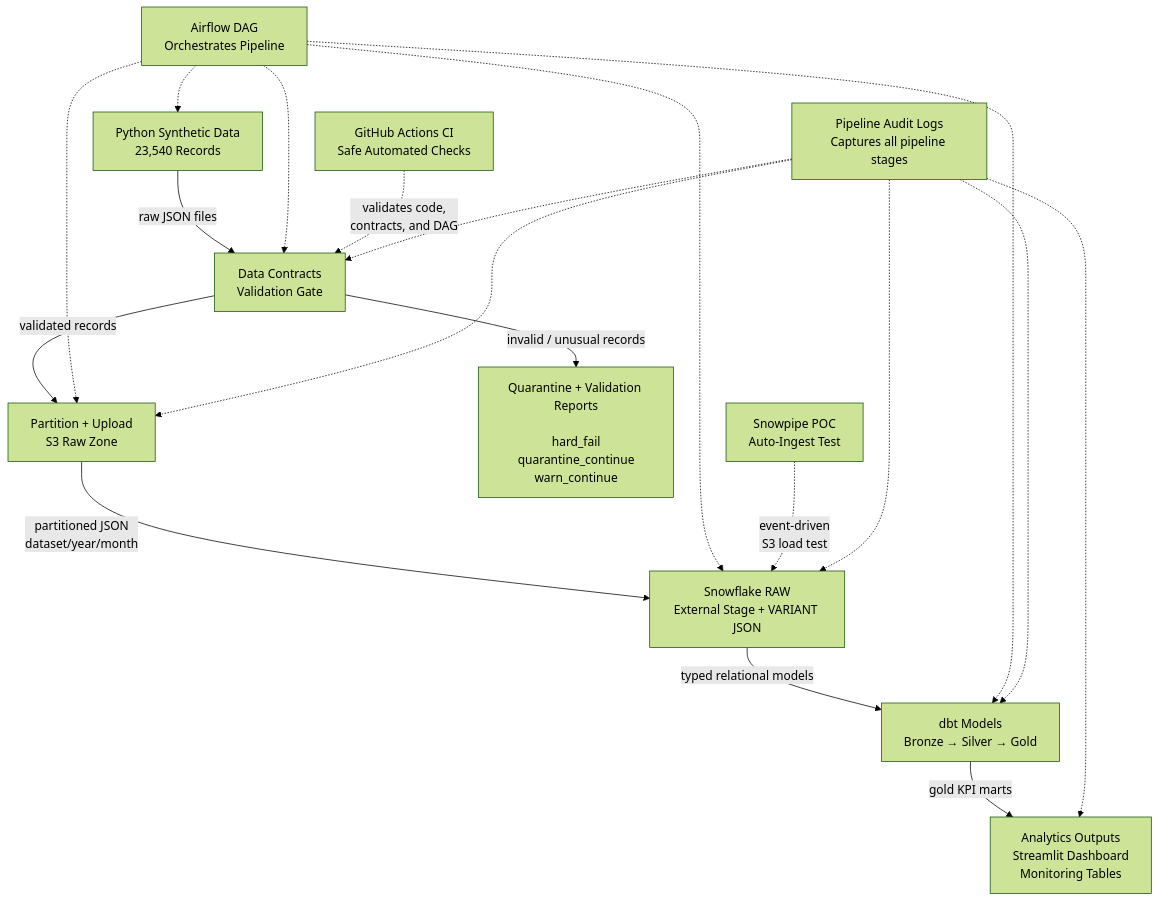
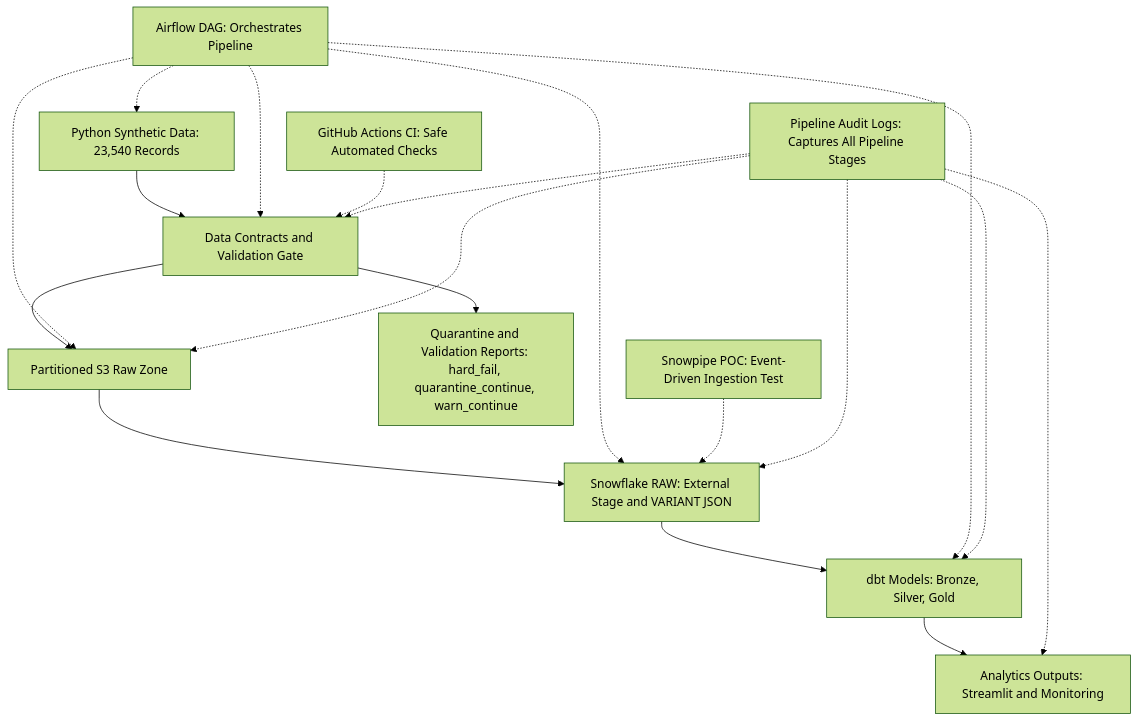
One commit to samahmedQA/fraud-dispute-analytics-pipeline changed the diagram in README.md. Above: the diagram before and after it, drawn with Mermaid (forest theme).

Commit message:
Fix Mermaid architecture diagram rendering

````diff
--- a/README.md
+++ b/README.md
@@ -67,33 +67,38 @@
 ```mermaid
 flowchart TD
-    A["Python Synthetic Data<br/>23,540 Records"]
-    B["Data Contracts<br/>Validation Gate"]
-    C["Partition + Upload<br/>S3 Raw Zone"]
-    D["Snowflake RAW<br/>External Stage + VARIANT JSON"]
-    E["dbt Models<br/>Bronze → Silver → Gold"]
-    F["Analytics Outputs<br/>Streamlit Dashboard<br/>Monitoring Tables"]
+    A["Python Synthetic Data: 23,540 Records"]
+    B["Data Contracts and Validation Gate"]
+    C["Partitioned S3 Raw Zone"]
+    D["Snowflake RAW: External Stage and VARIANT JSON"]
+    E["dbt Models: Bronze, Silver, Gold"]
+    F["Analytics Outputs: Streamlit and Monitoring"]
 
-    A -->|"raw JSON files"| B
-    B -->|"validated records"| C
-    C -->|"partitioned JSON<br/>dataset/year/month"| D
-    D -->|"typed relational models"| E
-    E -->|"gold KPI marts"| F
+    G["Quarantine and Validation Reports: hard_fail, quarantine_continue, warn_continue"]
+    H["Airflow DAG: Orchestrates Pipeline"]
+    I["GitHub Actions CI: Safe Automated Checks"]
+    J["Snowpipe POC: Event-Driven Ingestion Test"]
+    K["Pipeline Audit Logs: Captures All Pipeline Stages"]
 
-    B -->|"invalid / unusual records"| G["Quarantine + Validation Reports<br/><br/>hard_fail<br/>quarantine_continue<br/>warn_continue"]
+    A --> B
+    B --> C
+    C --> D
+    D --> E
+    E --> F
 
-    H["Airflow DAG<br/>Orchestrates Pipeline"] -.-> A
+    B --> G
+
+    H -.-> A
     H -.-> B
     H -.-> C
     H -.-> D
     H -.-> E
 
-    I["GitHub Actions CI<br/>Safe Automated Checks"] -. "validates code,<br/>contracts, and DAG" .-> B
+    I -.-> B
+    J -.-> D
 
-    J["Snowpipe POC<br/>Auto-Ingest Test"] -. "event-driven<br/>S3 load test" .-> D
-
-    K["Pipeline Audit Logs<br/>Captures all pipeline stages"] -.-> B
+    K -.-> B
     K -.-> C
     K -.-> D
     K -.-> E
     K -.-> F
 ```
````
